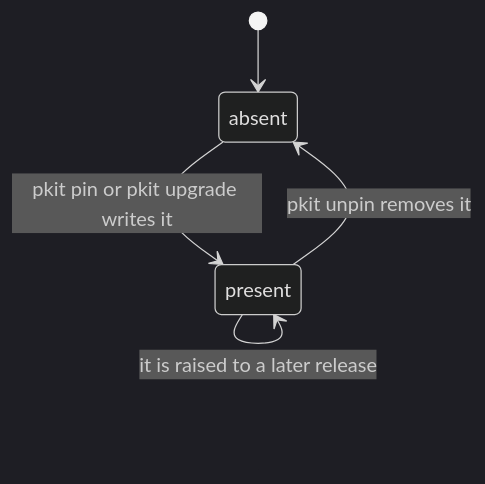
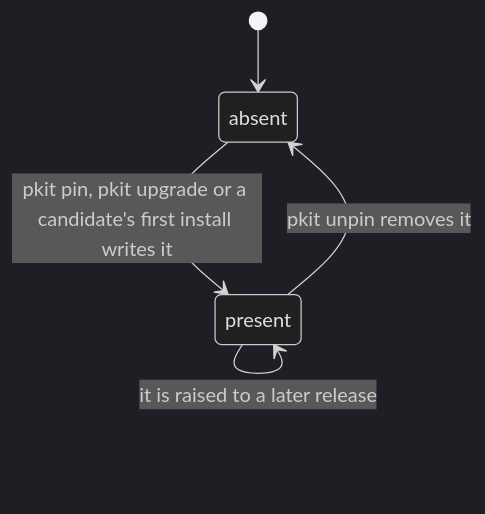
The third of 3 diagrams in tech-docs/analysis/core/domain-model/050-a-projects-own-files.md (aleskalfas/project-kit), drawn with Mermaid (dark theme) before and after one commit. The commit also changed other lines of this file and 17 other files, not shown here.

First line of the commit message:
feat(lifecycle): a project moves onto a release candidate only when asked, and the move always pins

````diff
--- a/tech-docs/analysis/core/domain-model/050-a-projects-own-files.md
+++ b/tech-docs/analysis/core/domain-model/050-a-projects-own-files.md
@@ -263,9 +268,9 @@
 ```mermaid
 stateDiagram-v2
   accTitle: The states of a version pin
-  accDescr: A project has no pin until pkit pin or pkit upgrade writes one. A pin may be raised to a later release, and pkit unpin removes it.
+  accDescr: A project has no pin until pkit pin or pkit upgrade writes one, or a first install run by a release candidate does. A pin may be raised to a later release, and pkit unpin removes it.
   [*] --> absent
-  absent --> present : pkit pin or pkit upgrade writes it
+  absent --> present : pkit pin, pkit upgrade or a candidate's first install writes it
   present --> present : it is raised to a later release
   present --> absent : pkit unpin removes it
 ```
````
